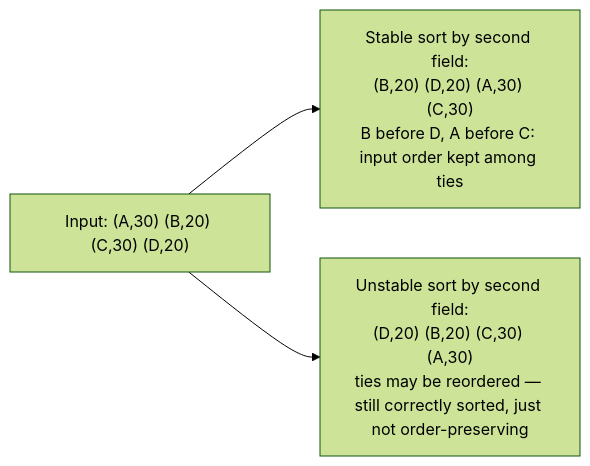
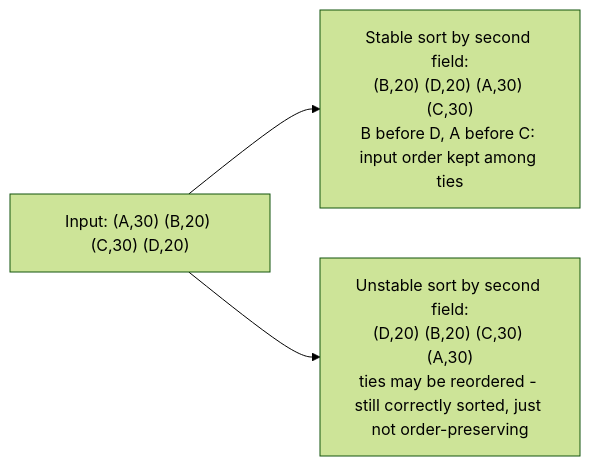
One commit to PriyanshuMidha/System_Design_notes changed the second of 7 diagrams in 01 CS Fundamentals/Sorting, Searching and Interview Patterns.md. Above: the diagram before and after it, drawn with Mermaid (forest theme). The commit also changed other lines of this file and 215 other files, not shown here.

````diff
--- a/01 CS Fundamentals/Sorting, Searching and Interview Patterns.md
+++ b/01 CS Fundamentals/Sorting, Searching and Interview Patterns.md
@@ -48,5 +76,5 @@
 ```mermaid
 flowchart LR
     In["Input: (A,30) (B,20) (C,30) (D,20)"] --> Stable["Stable sort by second field:\n(B,20) (D,20) (A,30) (C,30)\nB before D, A before C: input order kept among ties"]
-    In --> Unstable["Unstable sort by second field:\n(D,20) (B,20) (C,30) (A,30)\nties may be reordered — still correctly sorted, just not order-preserving"]
+    In --> Unstable["Unstable sort by second field:\n(D,20) (B,20) (C,30) (A,30)\nties may be reordered - still correctly sorted, just not order-preserving"]
 ```
````
